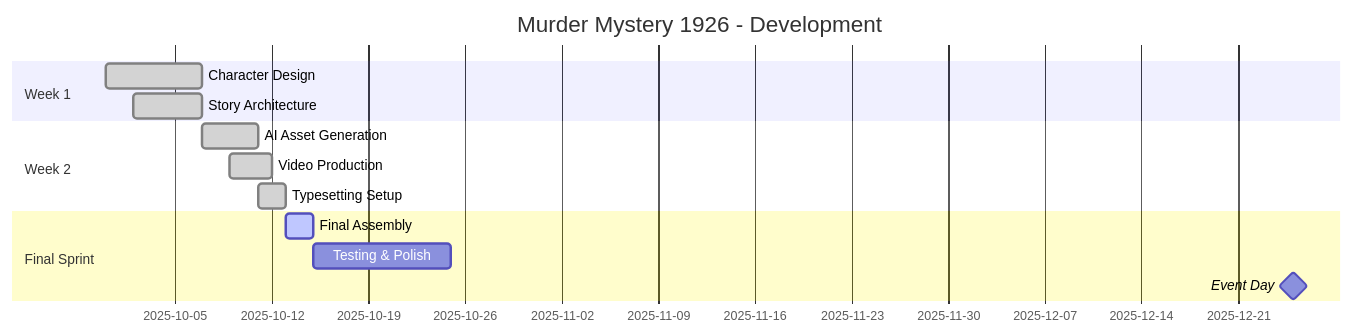
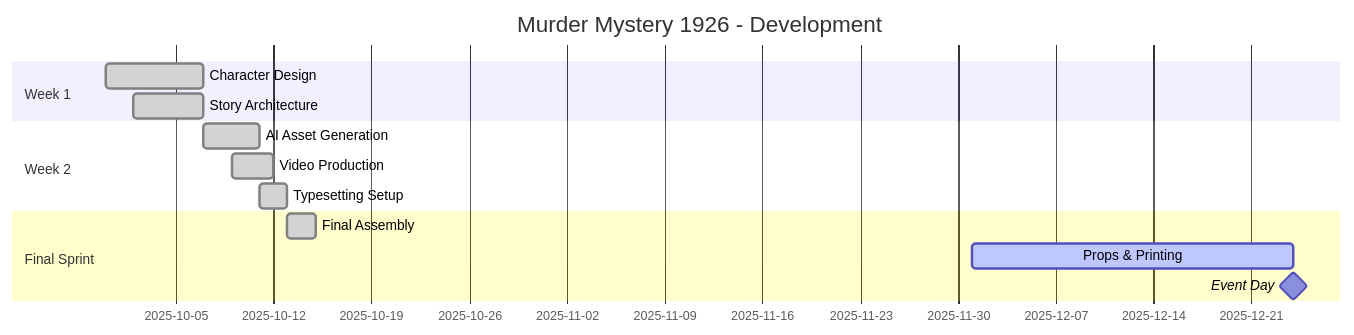
One commit to dominatedbycline/dominatedbycline.github.io changed the sixth of 6 diagrams in content/projects/artifactum/murder-mystery-1926/index.md. Above: the diagram before and after it, drawn with Mermaid. The commit also changed other lines of this file and 4 other files, not shown here.

````diff
--- a/content/projects/artifactum/murder-mystery-1926/index.md
+++ b/content/projects/artifactum/murder-mystery-1926/index.md
@@ -478,16 +489,16 @@
 ```mermaid
 gantt
     title Murder Mystery 1926 - Development
     dateFormat  YYYY-MM-DD
     section Week 1
     Character Design     :done, a1, 2025-09-30, 7d
     Story Architecture   :done, a2, 2025-10-02, 5d
     section Week 2
     AI Asset Generation  :done, a3, 2025-10-07, 4d
     Video Production     :done, a4, 2025-10-09, 3d
     Typesetting Setup    :done, a5, 2025-10-11, 2d
     section Final Sprint
-    Final Assembly       :active, a6, 2025-10-13, 2d
-    Testing & Polish     :a7, 2025-10-15, 10d
-    Event Day            :milestone, a8, 2025-12-25, 0d
+    Final Assembly       :done, a6, 2025-10-13, 2d
+    Props & Printing     :active, a7, 2025-12-01, 23d
+    Event Day            :milestone, a8, 2025-12-24, 0d
 ```
````
